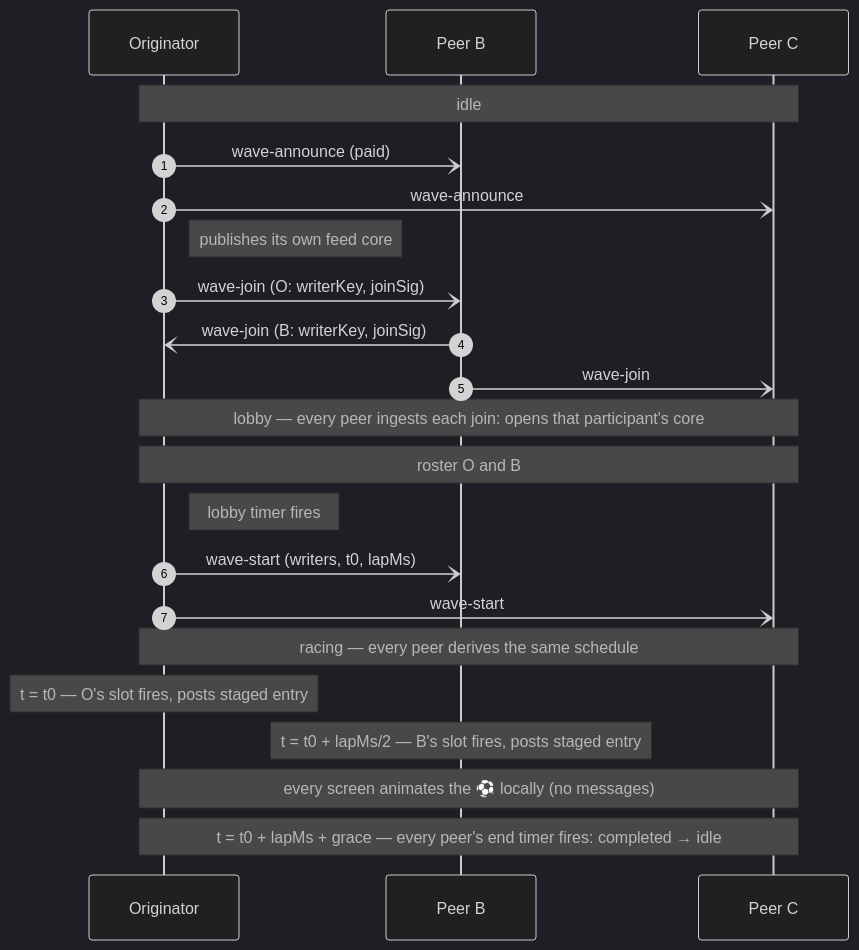
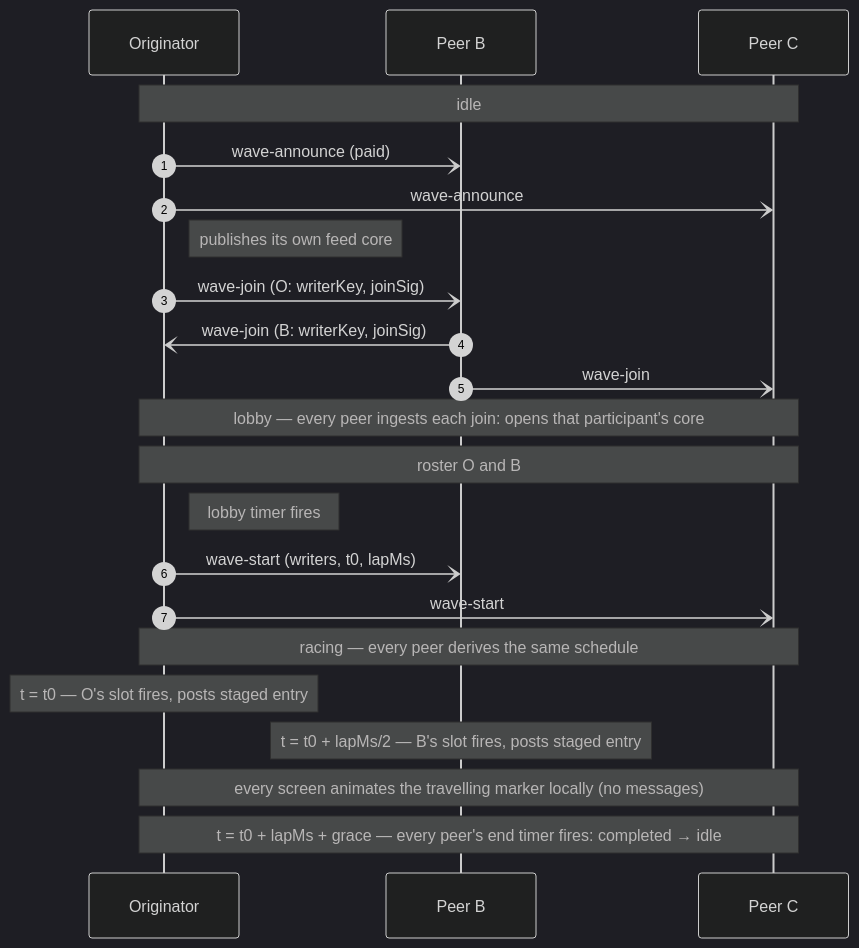
Before and after one commit to mnaamani/hyper-wave: the fourth of 5 diagrams in packages/hyperwave-engine/docs/protocol.md, drawn with Mermaid (dark theme). The commit also changed other lines of this file and 25 other files, not shown here.

````diff
--- a/packages/hyperwave-engine/docs/protocol.md
+++ b/packages/hyperwave-engine/docs/protocol.md
@@ -702,24 +702,24 @@
 ```mermaid
 sequenceDiagram
   autonumber
   participant O as Originator
   participant B as Peer B
   participant C as Peer C
   Note over O,C: idle
   O-)B: wave-announce (paid)
   O-)C: wave-announce
   Note right of O: publishes its own feed core
   O-)B: wave-join (O: writerKey, joinSig)
   B-)O: wave-join (B: writerKey, joinSig)
   B-)C: wave-join
   Note over O,C: lobby — every peer ingests each join: opens that participant's core
   Note over O,C: roster O and B
   Note right of O: lobby timer fires
   O-)B: wave-start (writers, t0, lapMs)
   O-)C: wave-start
   Note over O,C: racing — every peer derives the same schedule
   Note over O: t = t0 — O's slot fires, posts staged entry
   Note over B: t = t0 + lapMs/2 — B's slot fires, posts staged entry
-  Note over O,C: every screen animates the ⚽ locally (no messages)
+  Note over O,C: every screen animates the travelling marker locally (no messages)
   Note over O,C: t = t0 + lapMs + grace — every peer's end timer fires: completed → idle
 ```
````
